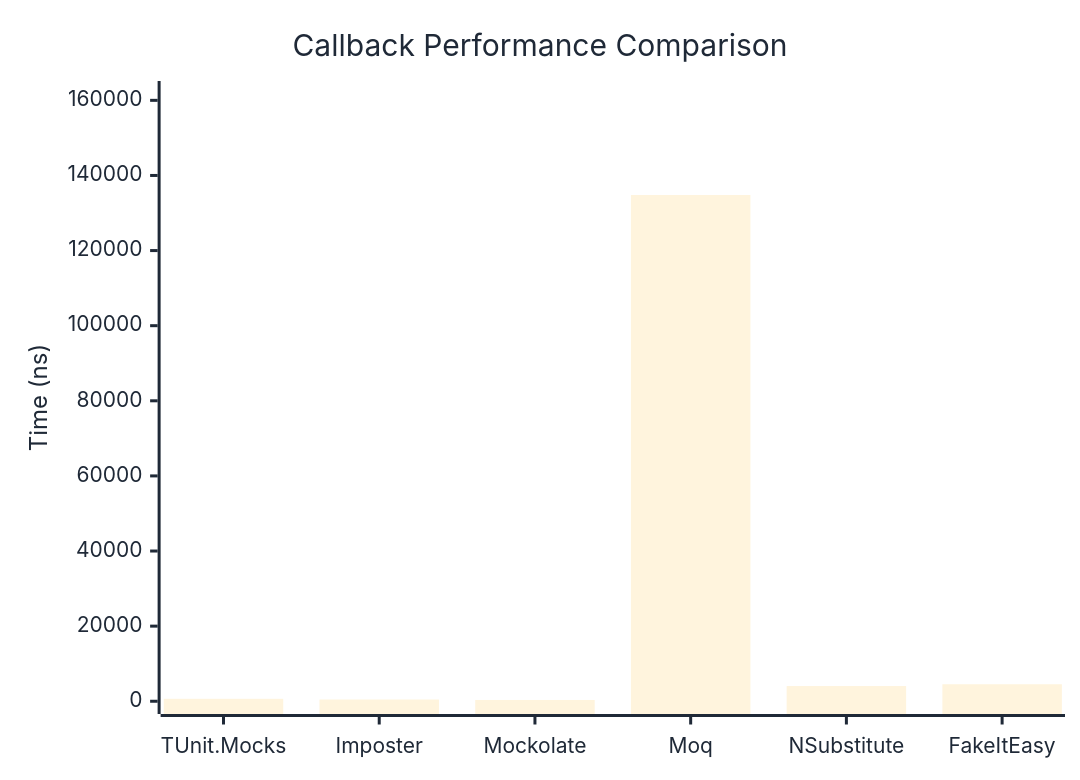
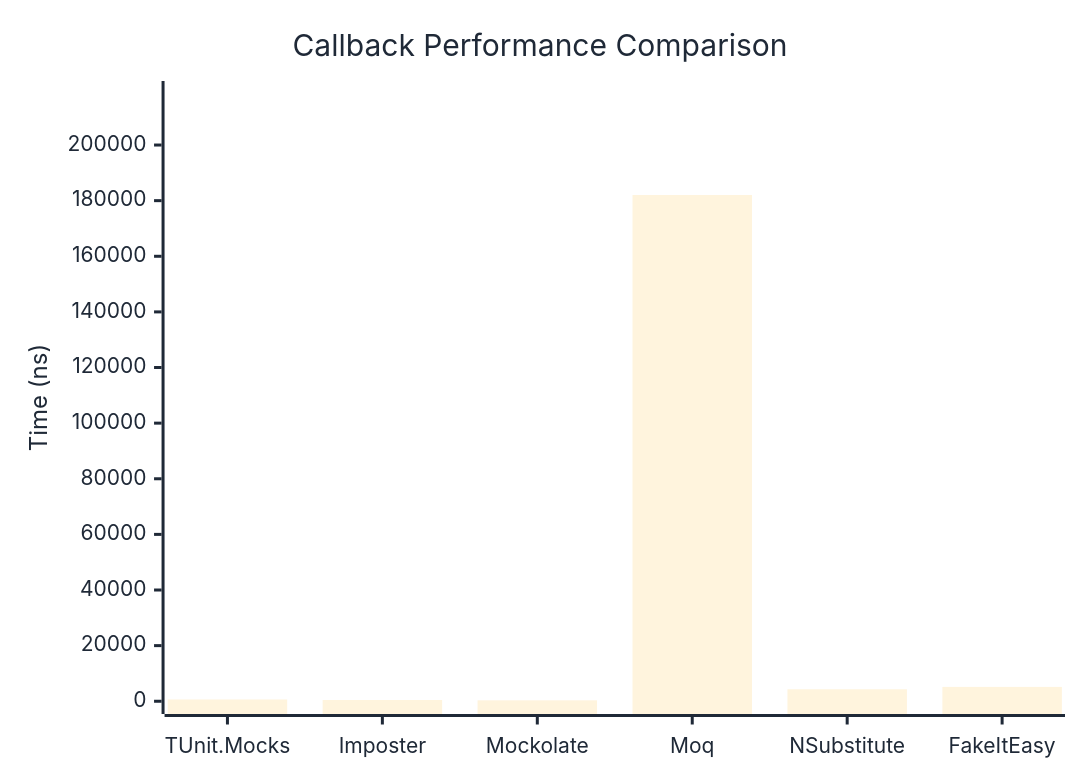
The first of 2 diagrams in docs/docs/benchmarks/mocks/Callback.md (thomhurst/TUnit), drawn with Mermaid before and after one commit. The commit also changed other lines of this file and 14 other files, not shown here.

````diff
--- a/docs/docs/benchmarks/mocks/Callback.md
+++ b/docs/docs/benchmarks/mocks/Callback.md
@@ -28,27 +28,27 @@
 ```mermaid
 %%{init: {
   'theme':'base',
   'themeVariables': {
     'primaryColor': '#2563eb',
     'primaryTextColor': '#1f2937',
     'primaryBorderColor': '#1e40af',
     'lineColor': '#6b7280',
     'secondaryColor': '#7c3aed',
     'tertiaryColor': '#dc2626',
     'background': '#ffffff',
     'pie1': '#2563eb',
     'pie2': '#7c3aed',
     'pie3': '#dc2626',
     'pie4': '#f59e0b',
     'pie5': '#10b981',
     'pie6': '#06b6d4',
     'pie7': '#ec4899',
     'pie8': '#6366f1'
   }
 }}%%
 xychart-beta
   title "Callback Performance Comparison"
   x-axis ["TUnit.Mocks", "Imposter", "Mockolate", "Moq", "NSubstitute", "FakeItEasy"]
-  y-axis "Time (ns)" 0 --> 161756
-  bar [651.5, 462.3, 343.5, 134795.9, 4047, 4525.1]
+  y-axis "Time (ns)" 0 --> 218440
+  bar [633, 452, 334.6, 182032.9, 4305.4, 5155]
 ```
````
